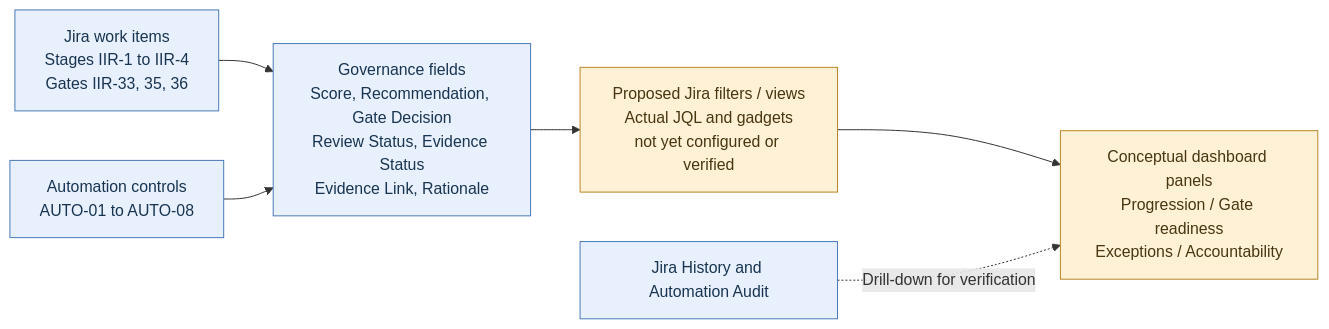
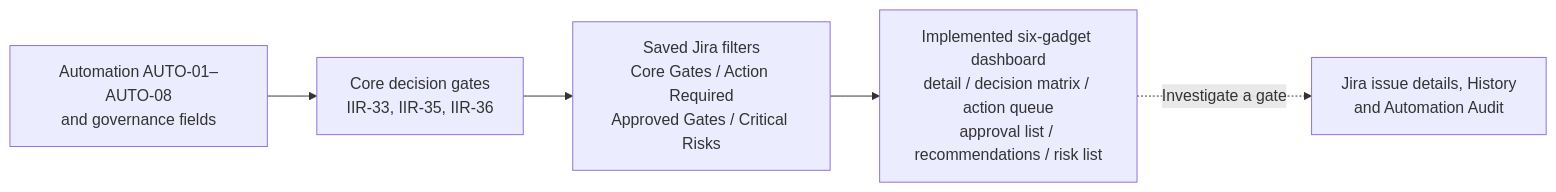
Before and after one commit to VahidMohammadii/innovation-management-system-jira: the first of 2 diagrams in 06-dashboard/conceptual-innovation-governance-dashboard.md, drawn with Mermaid. The commit also changed other lines of this file, not shown here.

Commit message:
docs: align dashboard blueprint and employer-facing narrative with validated implementation

````diff
--- a/06-dashboard/conceptual-innovation-governance-dashboard.md
+++ b/06-dashboard/conceptual-innovation-governance-dashboard.md
@@ -56,13 +27,7 @@
 ```mermaid
 flowchart LR
-    WORK["Jira work items<br/>Stages IIR-1 to IIR-4<br/>Gates IIR-33, 35, 36"] --> FIELDS["Governance fields<br/>Score, Recommendation, Gate Decision<br/>Review Status, Evidence Status<br/>Evidence Link, Rationale"]
-    AUTO["Automation controls<br/>AUTO-01 to AUTO-08"] --> FIELDS
-    FIELDS --> FILTER["Proposed Jira filters / views<br/>Actual JQL and gadgets<br/>not yet configured or verified"]
-    FILTER --> DASH["Conceptual dashboard panels<br/>Progression / Gate readiness<br/>Exceptions / Accountability"]
-    AUDIT["Jira History and Automation Audit"] -. "Drill-down for verification" .-> DASH
-
-    classDef core fill:#E8F0FE,stroke:#4879B7,color:#183451
-    classDef proposed fill:#FFF1D6,stroke:#B88625,color:#493611
-    class WORK,FIELDS,AUTO,AUDIT core
-    class FILTER,DASH proposed
+    G["Core decision gates<br/>IIR-33, IIR-35, IIR-36"] --> F["Saved Jira filters<br/>Core Gates / Action Required<br/>Approved Gates / Critical Risks"]
+    A["Automation AUTO-01–AUTO-08<br/>and governance fields"] --> G
+    F --> D["Implemented six-gadget dashboard<br/>detail / decision matrix / action queue<br/>approval list / recommendations / risk list"]
+    D -. "Investigate a gate" .-> H["Jira issue details, History<br/>and Automation Audit"]
 ```
````
